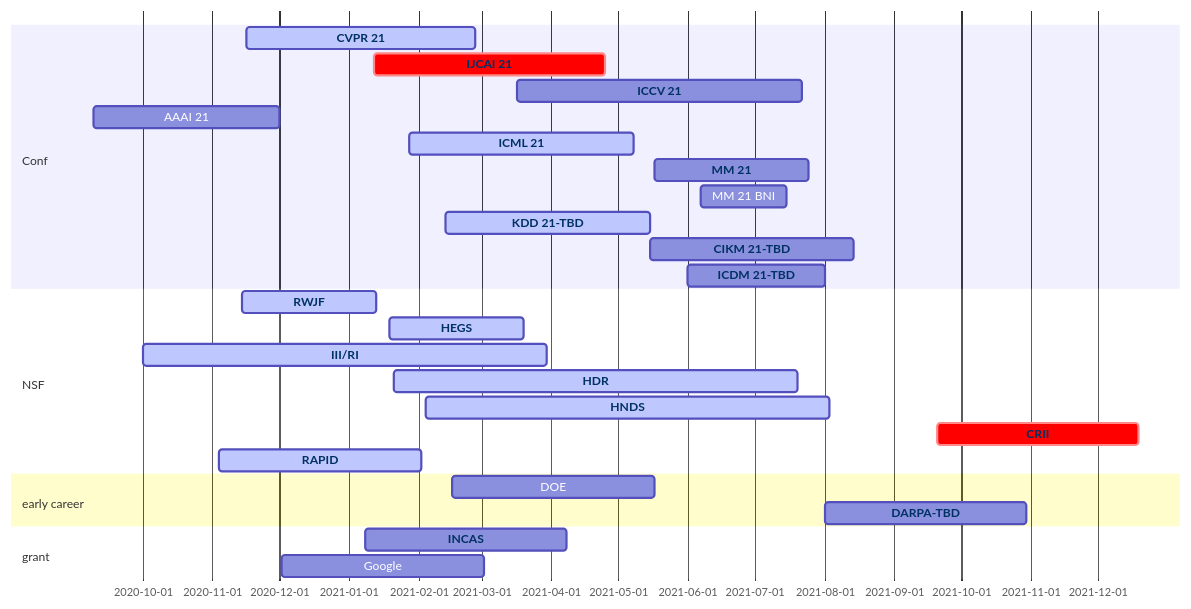
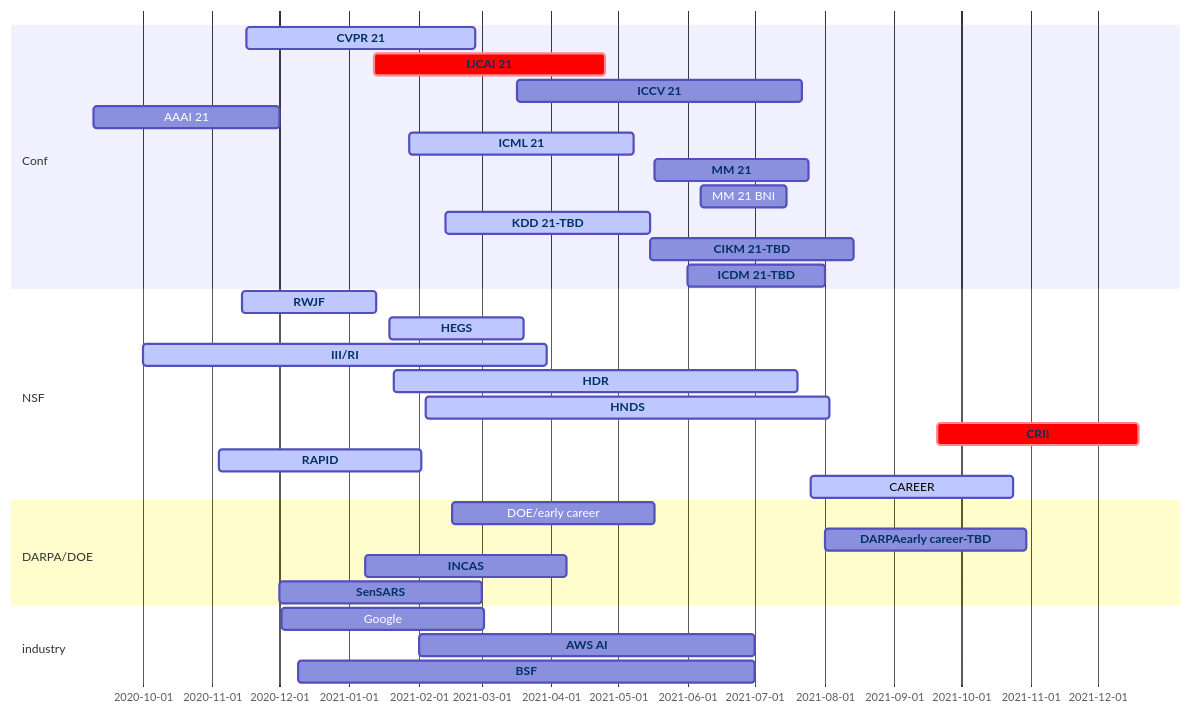
The diagram in content/post/conf/index.md (aquastar/academic-kickstart), drawn with Mermaid before and after one commit. The commit also changed other lines of this file, not shown here.

````diff
--- a/content/post/conf/index.md
+++ b/content/post/conf/index.md
@@ -16,49 +16,56 @@
 ```mermaid
 gantt
   dateFormat  MM/DD/YY
   section Conf
     CVPR 21 :active, cvpr, 11/16/20, 02/26/21
     IJCAI 21 :crit, ijcai, 01/12/21, 04/25/21
     ICCV 21 :iccv, 03/17/21, 07/22/21
     AAAI 21 :aaai, 09/09/20, 12/01/20
     ICML 21:active, icml, 01/28/21, 05/08/21
     MM 21:mm, 05/17/21, 07/25/21
     MM 21 BNI:mmbni, 06/07/21, 07/15/21
     KDD 21-TBD:active, kdd, 02/13/21, 05/15/21
     CIKM 21-TBD:cikm, 05/15/21, 08/14/21
     ICDM 21-TBD:icdm, 06/01/21, 08/01/21
   section NSF
     RWJF :active, rwjf, 11/14/20, 60d
     HEGS: active, hegs, 01/19/21, 60d
     III/RI: active, iis, 10/01/20, 180d
     HDR :active, hdr, 01/21/21, 180d
     HNDS :active, hnds, 02/04/21, 180d
     CRII :crit, crii, 09/20/21, 90d 
     RAPID:active, rapid, 11/04/20, 90d
-  section early career
-    DOE : doe, 02/16/21, 90d 
-    DARPA-TBD: darpa, 08/01/21, 90d
-  section grant
+    CAREER:active, career, 07/26/21, 90d
+  section DARPA/DOE
+    DOE/early career: doe, 02/16/21, 90d 
+    DARPAearly career-TBD: darpa, 08/01/21, 90d
     INCAS: incas, 01/08/21, 90d
+    SenSARS: sensars, 12/01/20, 90d
+  section industry
     Google: google, 12/02/20, 90d
+    AWS AI: aws, 02/01/21, 07/01/21
+    BSF: bsf, 12/09/20, 07/01/21
 
+  click bsf href "https://www.bsf.org.il/funding-opportunities/bsf-research-grants/about/"
+  click sensars href "https://beta.sam.gov/opp/a84f1af107334afcbf39d885d8f668a3/view"
+  click aws href "https://www.amazon.science/research-awards/call-for-proposals/aws-ai"
   click incas href "https://beta.sam.gov/opp/6bbca26d91df4eff96b4edfa2386c35f/view?keywords=incas&sort=-relevance&index=&is_active=true&page=1"
   click darpa href "https://www.darpa.mil/work-with-us/for-universities/young-faculty-award"
   click deo href "https://www.grants.gov/web/grants/search-grants.html"
   click cvpr href "http://cvpr2021.thecvf.com/"
   click iccv href "http://iccv2021.thecvf.com/"
   click icml href "https://icml.cc/Conferences/2021"
   click ijcai href "http://www.ijcai-21.org/"
   click kdd href "http://www.kdd.org/kdd2021"
   click www href "https://www2021.thewebconf.org/"
   click cikm href "https://www.cikm2021.org/"
   click icdm href "http://icdm2021.bigke.org"
   click mm href "https://2020.acmmm.org/index.html"
   click crii href "https://www.nsf.gov/funding/pgm_summ.jsp?pims_id=504952"
   click hdr href "https://www.nsf.gov/funding/pgm_summ.jsp?pims_id=505828&org=NSF&sel_org=CISE&from=fund"
   click hnds href "https://www.nsf.gov/funding/pgm_summ.jsp?pims_id=505702"
   click rwjf href "https://anr.rwjf.org/viewCfp.do?cfpId=1509&cfpOverviewId="
   click iis href "https://www.nsf.gov/funding/pgm_summ.jsp?pims_id=505667&org=NSF"
   click hegs href "https://www.nsf.gov/funding/pgm_summ.jsp?pims_id=505745&org=NSF&sel_org=NSF&from=fund"
   click rapid href "https://www.nsf.gov/news/special_reports/coronavirus/"
 ```
````
